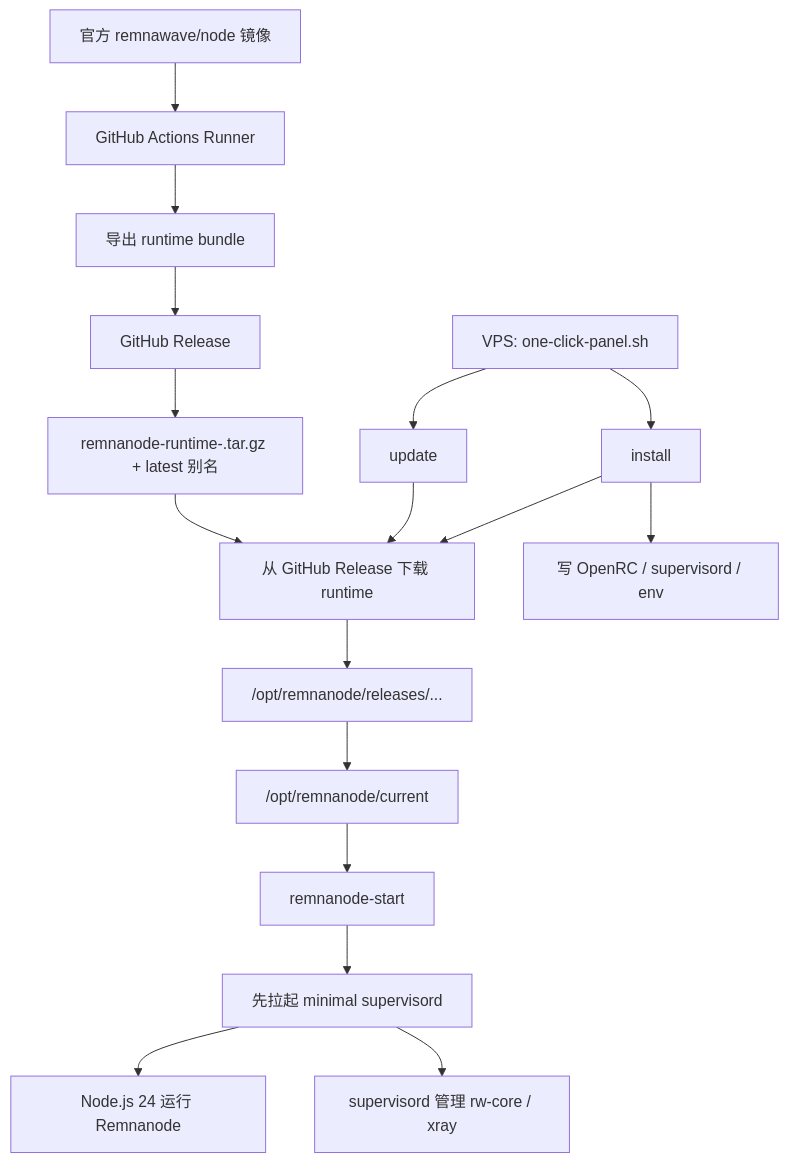
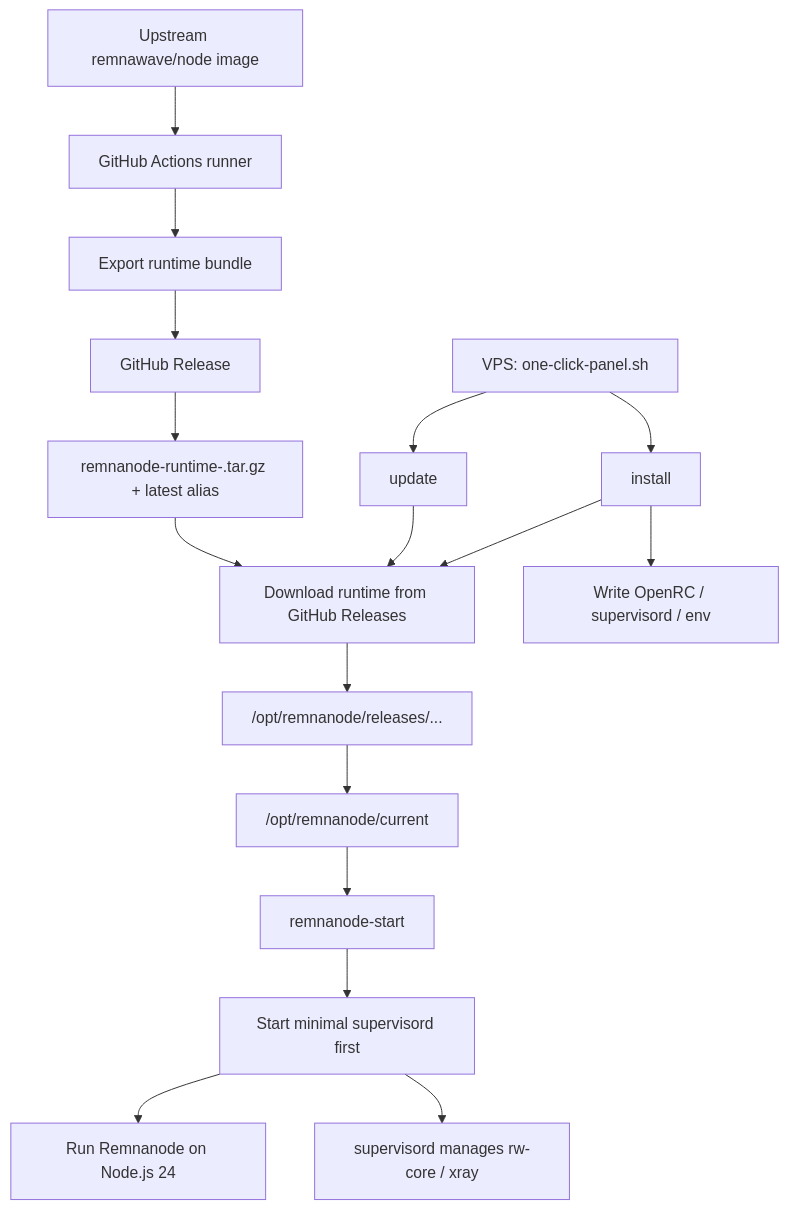
One commit to x-socks/remnanode-lite changed the diagram in README.md. Above: the diagram before and after it, drawn with Mermaid. The commit also changed other lines of this file and 1 other file, not shown here.

````diff
--- a/README.md
+++ b/README.md
@@ -7,23 +9,23 @@
 ```mermaid
 flowchart TB
-    A["官方 remnawave/node 镜像"] --> B["GitHub Actions Runner"]
-    B --> C["导出 runtime bundle"]
+    A["Upstream remnawave/node image"] --> B["GitHub Actions runner"]
+    B --> C["Export runtime bundle"]
     C --> D["GitHub Release"]
-    D --> E["remnanode-runtime-<version>.tar.gz + latest 别名"]
+    D --> E["remnanode-runtime-<version>.tar.gz + latest alias"]
 
     F["VPS: one-click-panel.sh"] --> G["install"]
     F --> H["update"]
 
-    G --> I["从 GitHub Release 下载 runtime"]
-    G --> J["写 OpenRC / supervisord / env"]
+    G --> I["Download runtime from GitHub Releases"]
+    G --> J["Write OpenRC / supervisord / env"]
 
     H --> I
 
     E --> I
     I --> K["/opt/remnanode/releases/..."]
     K --> L["/opt/remnanode/current"]
     L --> M["remnanode-start"]
-    M --> N["先拉起 minimal supervisord"]
-    N --> O["Node.js 24 运行 Remnanode"]
-    N --> P["supervisord 管理 rw-core / xray"]
+    M --> N["Start minimal supervisord first"]
+    N --> O["Run Remnanode on Node.js 24"]
+    N --> P["supervisord manages rw-core / xray"]
 ```
````
